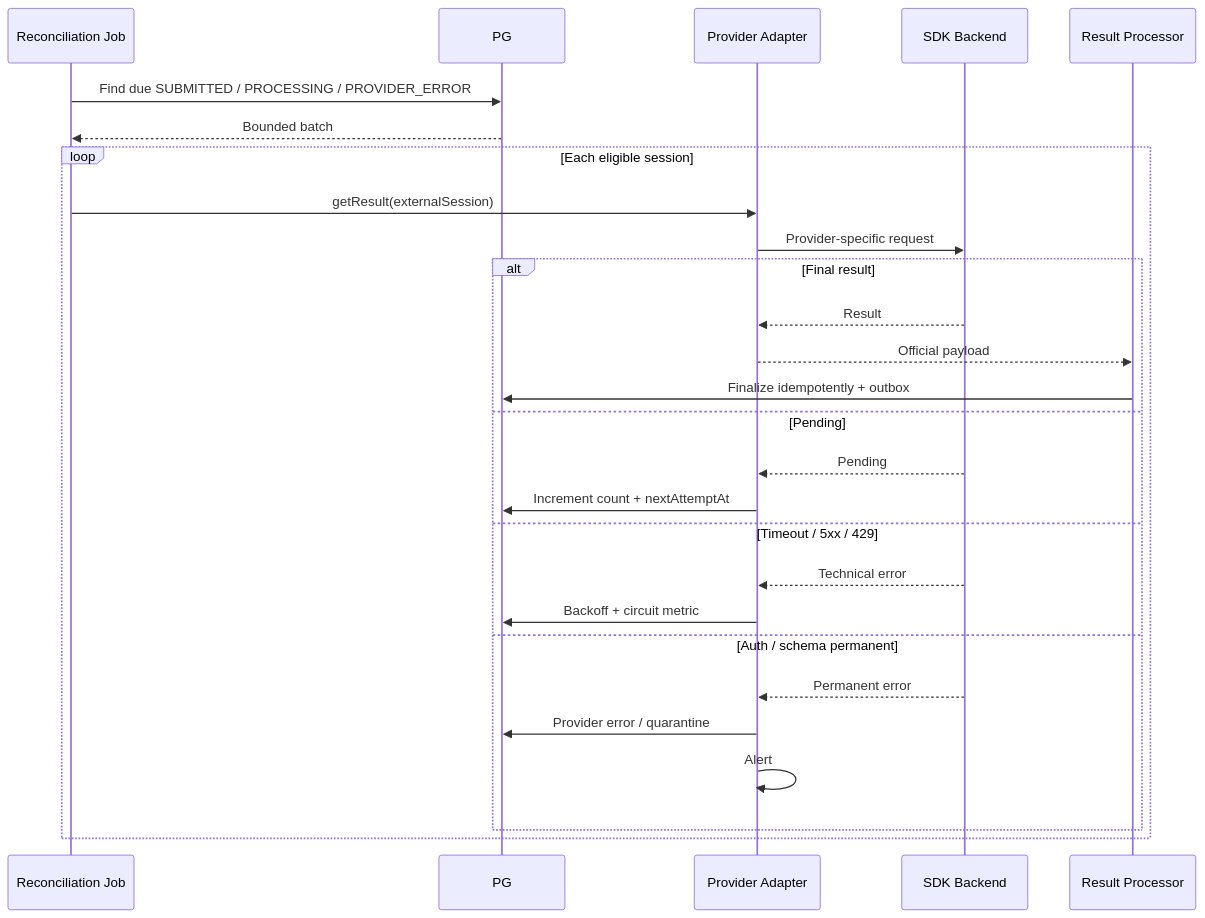
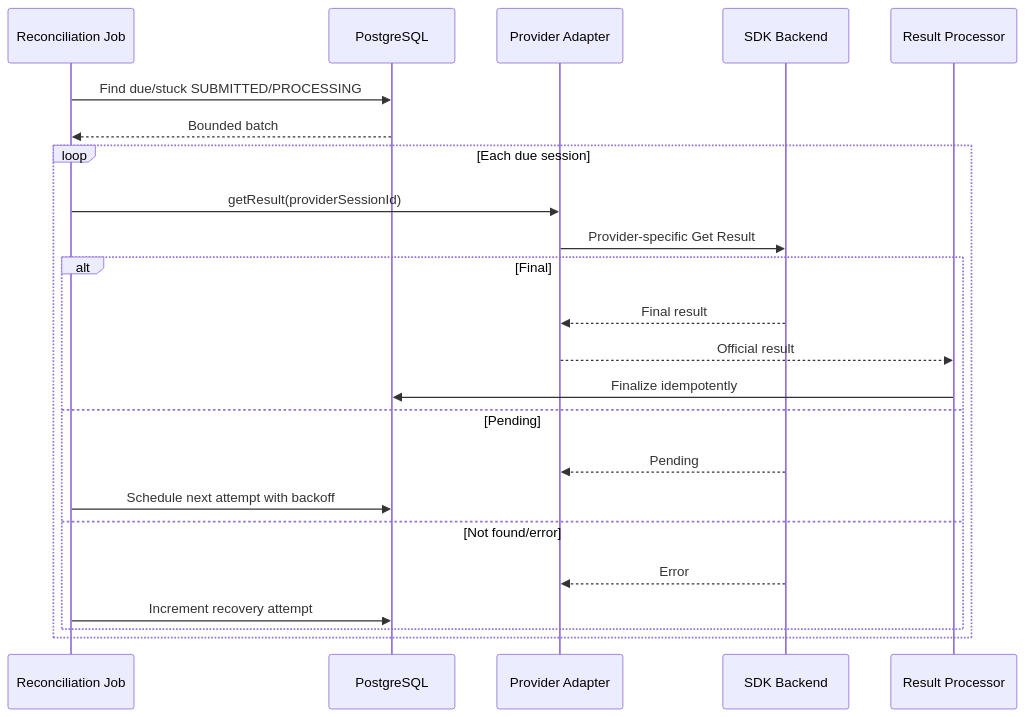
One commit to huynv-xyz/vhm changed diagram 20 of 24 in tdd2.md. Above: the diagram before and after it, drawn with Mermaid. The commit also changed other lines of this file, not shown here.

````diff
--- a/tdd2.md
+++ b/tdd2.md
@@ -1672,29 +1640,25 @@
 ```mermaid
 sequenceDiagram
     participant JOB as Reconciliation Job
-    participant PG
+    participant DB as PostgreSQL
     participant ADAPTER as Provider Adapter
-    participant PROVIDER as SDK Backend
-    participant RP as Result Processor
-    JOB->>PG: Find due SUBMITTED / PROCESSING / PROVIDER_ERROR
-    PG-->>JOB: Bounded batch
-    loop Each eligible session
-        JOB->>ADAPTER: getResult(externalSession)
-        ADAPTER->>PROVIDER: Provider-specific request
-        alt Final result
-            PROVIDER-->>ADAPTER: Result
-            ADAPTER-->>RP: Official payload
-            RP->>PG: Finalize idempotently + outbox
+    participant BACKEND as SDK Backend
+    participant PROCESSOR as Result Processor
+    JOB->>DB: Find due/stuck SUBMITTED/PROCESSING
+    DB-->>JOB: Bounded batch
+    loop Each due session
+        JOB->>ADAPTER: getResult(providerSessionId)
+        ADAPTER->>BACKEND: Provider-specific Get Result
+        alt Final
+            BACKEND-->>ADAPTER: Final result
+            ADAPTER-->>PROCESSOR: Official result
+            PROCESSOR->>DB: Finalize idempotently
         else Pending
-            PROVIDER-->>ADAPTER: Pending
-            ADAPTER->>PG: Increment count + nextAttemptAt
-        else Timeout / 5xx / 429
-            PROVIDER-->>ADAPTER: Technical error
-            ADAPTER->>PG: Backoff + circuit metric
-        else Auth / schema permanent
-            PROVIDER-->>ADAPTER: Permanent error
-            ADAPTER->>PG: Provider error / quarantine
-            ADAPTER->>ADAPTER: Alert
+            BACKEND-->>ADAPTER: Pending
+            JOB->>DB: Schedule next attempt with backoff
+        else Not found/error
+            BACKEND-->>ADAPTER: Error
+            JOB->>DB: Increment recovery attempt
         end
     end
 ```
````
